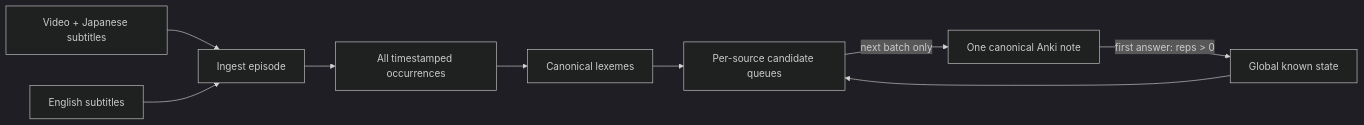
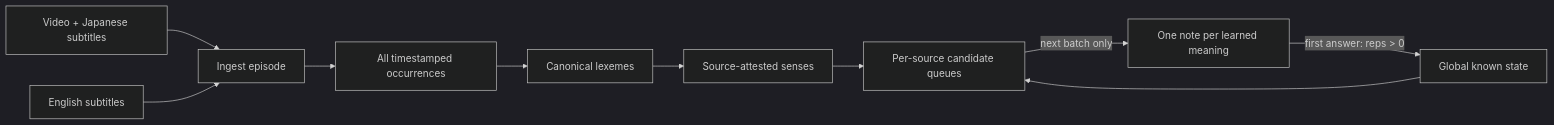
The diagram in README.md (ArdaOkan97/anki-multisource-vocab), drawn with Mermaid (dark theme) before and after one commit. The commit also changed other lines of this file and 24 other files, not shown here.

````diff
--- a/README.md
+++ b/README.md
@@ -17,11 +17,12 @@
 ```mermaid
 flowchart LR
     A["Video + Japanese subtitles"] --> I["Ingest episode"]
     B["English subtitles"] --> I
     I --> O["All timestamped occurrences"]
     O --> L["Canonical lexemes"]
-    L --> Q["Per-source candidate queues"]
+    L --> S["Source-attested senses"]
+    S --> Q["Per-source candidate queues"]
     K["Global known state"] --> Q
-    Q -->|"next batch only"| N["One canonical Anki note"]
+    Q -->|"next batch only"| N["One note per learned meaning"]
     N -->|"first answer: reps > 0"| K
 ```
````
